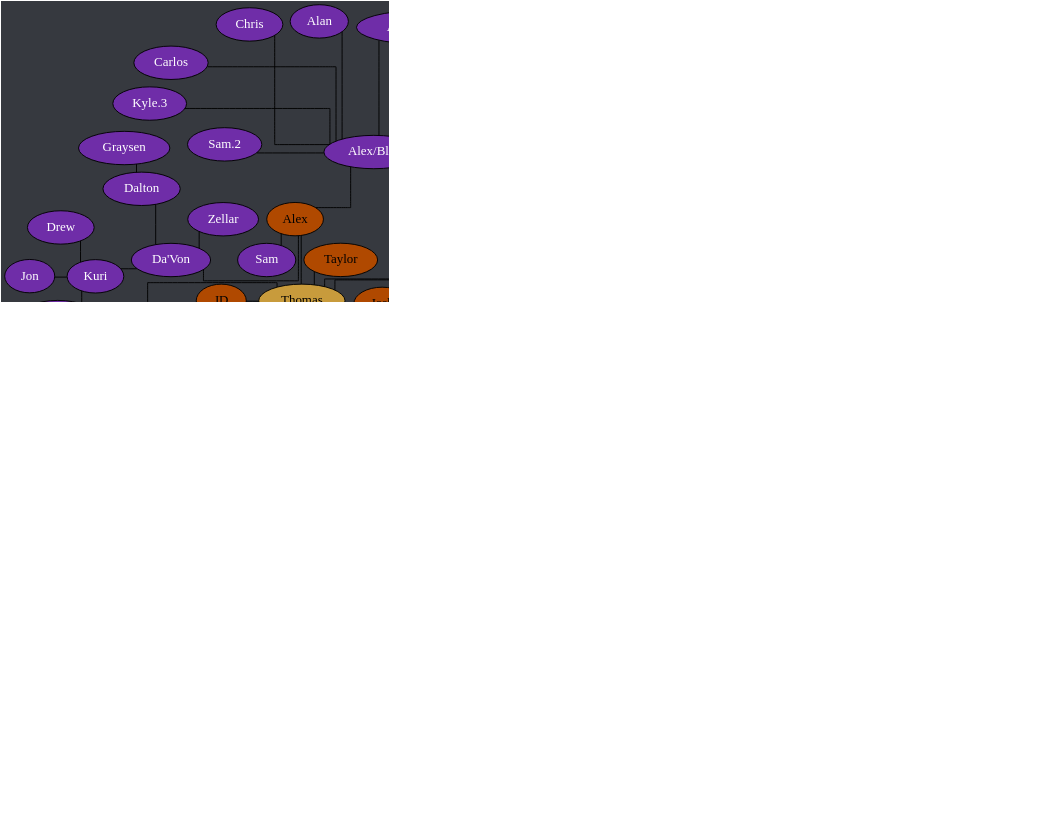
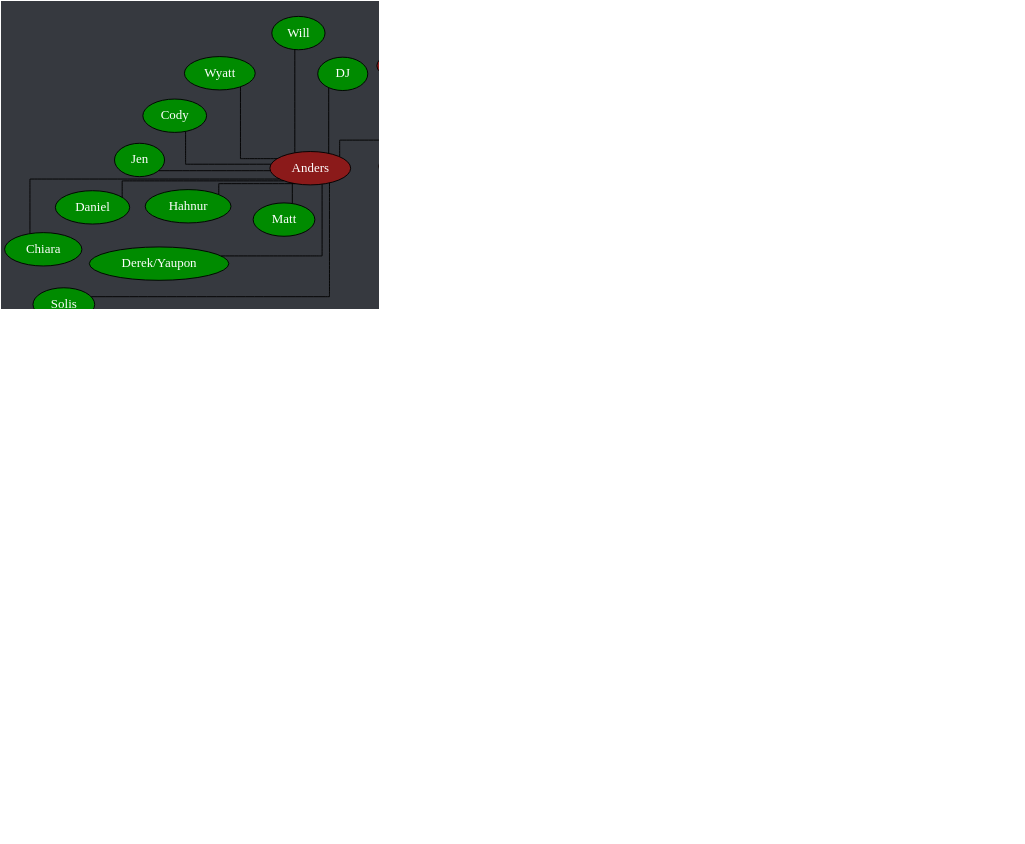
Before and after one commit to Documidas/CoronaCatzFamilyTree: the diagram in tree.dot, drawn with Graphviz. The commit also changed 1 other file, not shown here.

Commit message:
Add Dalyn

```diff
--- a/tree.dot
+++ b/tree.dot
@@ -1,163 +1,164 @@
 strict graph {
 	// Layout Configuration
 	layout = neato;
 	dpi = 200;
 	epsilon = 0.01;
 	mode = major;
 	model = subset;
 	overlap = false;
 	splines = ortho;
 	start = rand;
 
 	// Visual Configuration
 	graph [ truecolor=true bgcolor="#36393f" ];
 	node [ style=filled fillcolor="gray" fontcolor="black" ];
 
 	subgraph "Joel" {
 		node [ style=filled fillcolor="firebrick4" fontcolor="white" ];
 		Joel [ style=filled fillcolor="gold" fontcolor="black" ];
 
 		Cayla -- "Ali.2";
 		Cayla -- Jonathan;
 		Cayla -- Kate;
 		Cayla -- Ranger;
 		Joel -- Anders;
 		Joel -- Cayla;
 		Joel -- Conner;
 		Joel -- Jared;
 		Joel -- Kat;
 		Joel -- Patrick;
 		Joel -- Steven;
 		Joel -- Zach;
 	}
 
 	subgraph "Anders" {
 		node [ style=filled fillcolor="green4" fontcolor="white" ];
 		// Anders [ style=filled fillcolor="green4" fontcolor="white" ];
 
 		Anders -- Chiara;
 		Anders -- Cody;
 		Anders -- Daniel;
 		Anders -- "Derek/Yaupon";
 		Anders -- DJ;
 		Anders -- Hahnur;
 		Anders -- Jen;
 		Anders -- Matt;
 		Anders -- Solis;
 		Anders -- Will;
 		Anders -- Wyatt;
 	}
 
 	subgraph "Jared" {
 		node [ style=filled fillcolor="royalblue" fontcolor="black" ];
 		// Jared [ style=filled fillcolor="royalblue" fontcolor="black" ];
 
 		Andrew -- Hannah;
 		Dave -- Everett;
 		Donnie -- Bryan;
 		Donnie -- Troy;
 		Greg -- "Ali.1";
 		Greg -- Andrew;
 		Greg -- Carter;
 		Hannah -- Logan;
 		Jared -- Brandi;
 		Jared -- Dave;
 		Jared -- Donnie;
 		Jared -- Fabi;
 		Jared -- "Jack.2";
 		Jared -- Kamon;
 		Jared -- Greg;
 		Jared -- Isabelle;
 		Jared -- Mason;
 		Jared -- Mehmet;
 		Jared -- Nam;
 		Jared -- Spencer;
 		Jared -- Tyler;
 		Jared -- "Zach/Laniakea";
 		Jared -- "Zöe";
 		Logan -- Raana;
 		Troy -- Drake;
 		Tyler -- Gaby;
 	}
 
 	subgraph "Zach/Laniakea" {
 		node [ style=filled fillcolor="#4eff2c" fontcolor="black" ];
 		// "Zach/Laniakea" [ style=filled fillcolor="#4eff2c" fontcolor="black" ];
 
 		"Caio.2" -- "Kyle.1";
 		"Caio.2" -- Lucas;
 		"Zach/Laniakea" -- Allen;
 		"Zach/Laniakea" -- "Caio.2";
 		"Zach/Laniakea" -- Colin;
 		"Zach/Laniakea" -- John;
 		"Zach/Laniakea" -- Kevin;
 		"Zach/Laniakea" -- "Kyle.0";
 		"Zach/Laniakea" -- Mike;
 		"Zach/Laniakea" -- "Ryan.1";
 	}
 
 	subgraph "John" {
 		node [ style=filled fillcolor="#c89b3c" fontcolor="black" ];
 		// John [ style=filled fillcolor="#c89b3c" fontcolor="black" ];
 
 		Haber -- "Derek/Nomad";
 		John -- Anna;
 		John -- Emily;
 		John -- Haber;
 		John -- Jay;
 		John -- Jack;
 		John -- Lara;
 		John -- Monarch;
 		John -- "Oliger/Leanza";
 		John -- Thomas;
 	}
 
 	subgraph "John-stream" {
 		// node [ style=filled fillcolor="#9147ff" fontcolor="black" ];
 		node [ style=filled fillcolor="#c89b3c" fontcolor="black" ];
 
 		John -- "Michael/Wheezy";
 	}
 
 	subgraph "Thomas" {
 		node [ style=filled fillcolor="#b04900" fontcolor="black" ];
 		// Thomas [ style=filled fillcolor="#b04900" fontcolor="black" ];
 
 		Thomas -- Alex;
 		Thomas -- JD;
 		Thomas -- Josh;
 		Thomas -- Juan;
 		Thomas -- Taylor;
 		Thomas -- Tony;
 		Thomas -- "Travis.1";
 		Thomas -- "Travis.2";
 		Tony -- GT;
 	}
 
 	subgraph "Alex" {
 		node [ style=filled fillcolor="#6f2da8" fontcolor="white" ];
 		// Alex [ style=filled fillcolor="#6f2da8" fontcolor="black" ];
 
 		Alex -- "Alex/Blitt";
 		Alex -- "Da'Von";
 		Alex -- Sam;
 		"Alex/Blitt" -- Alan;
 		"Alex/Blitt" -- "Alex the 3rd";
 		"Alex/Blitt" -- Brian;
 		"Alex/Blitt" -- Carlos;
 		"Alex/Blitt" -- Chris;
 		"Alex/Blitt" -- Frank;
 		"Alex/Blitt" -- Gabe;
 		"Alex/Blitt" -- "Kyle.3";
 		"Alex/Blitt" -- Laske;
 		"Alex/Blitt" -- "Ryan.2";
 		"Alex/Blitt" -- "Sam.2";
 		"Da'Von" -- Dalton;
+		"Da'Von" -- Dalyn;
 		"Da'Von" -- Kuri;
 		"Da'Von" -- Zellar;
 		Dalton -- Graysen;
 		Kuri -- Drew;
 		Kuri -- Jon;
 		Kuri -- Karma;
 	}
 }
```
